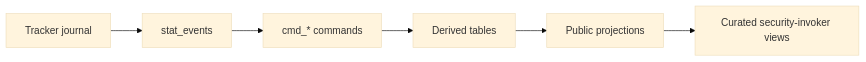
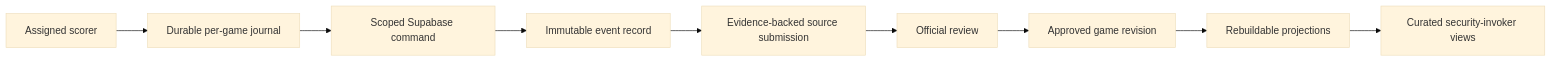
The diagram in apps/onoo/docs/ARCHITECTURE.md (themuuln/zuiio), drawn with Mermaid (base theme) before and after one commit. The commit also changed other lines of this file and 5336 other files, not shown here.

````diff
--- a/apps/onoo/docs/ARCHITECTURE.md
+++ b/apps/onoo/docs/ARCHITECTURE.md
@@ -15,8 +9,11 @@
 ```mermaid
 flowchart LR
-  Tracker[Tracker journal] --> Events[stat_events]
-  Events --> Commands[cmd_* commands]
-  Commands --> Derived[Derived tables]
-  Derived --> Projection[Public projections]
+  Scorer[Assigned scorer] --> Journal[Durable per-game journal]
+  Journal --> Command[Scoped Supabase command]
+  Command --> Events[Immutable event record]
+  Events --> Source[Evidence-backed source submission]
+  Source --> Review[Official review]
+  Review --> Revision[Approved game revision]
+  Revision --> Projection[Rebuildable projections]
   Projection --> Public[Curated security-invoker views]
 ```
````
